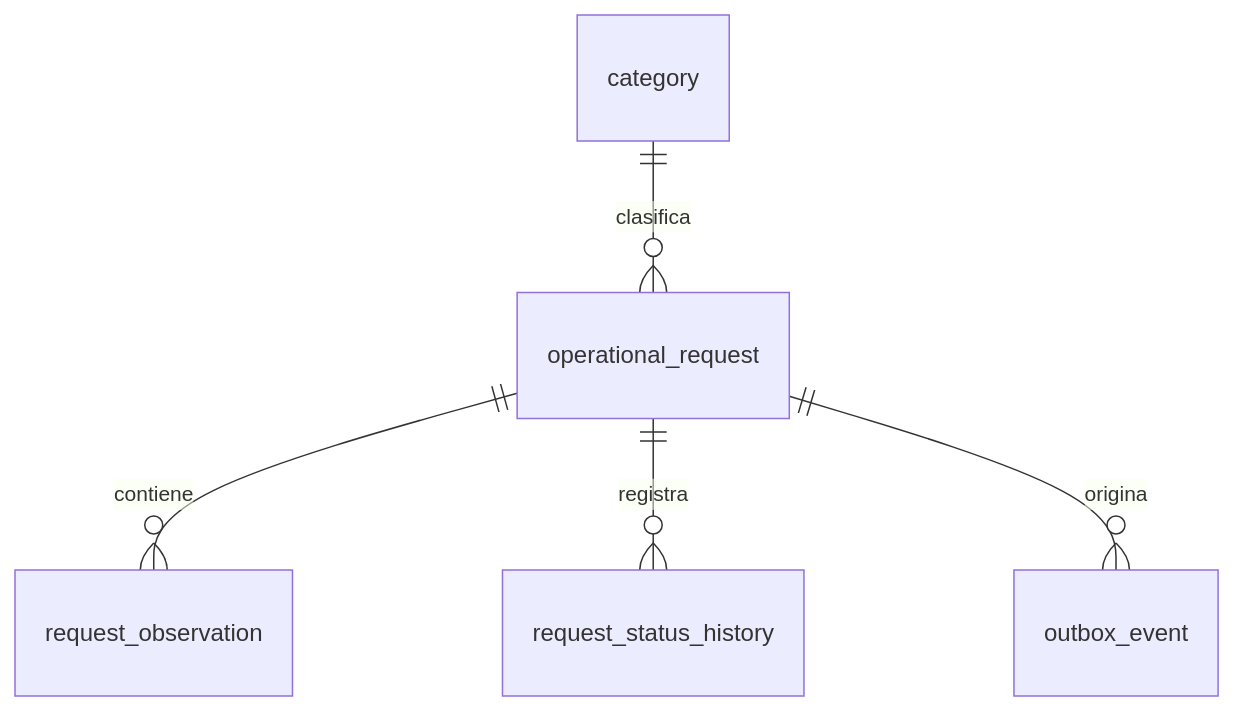
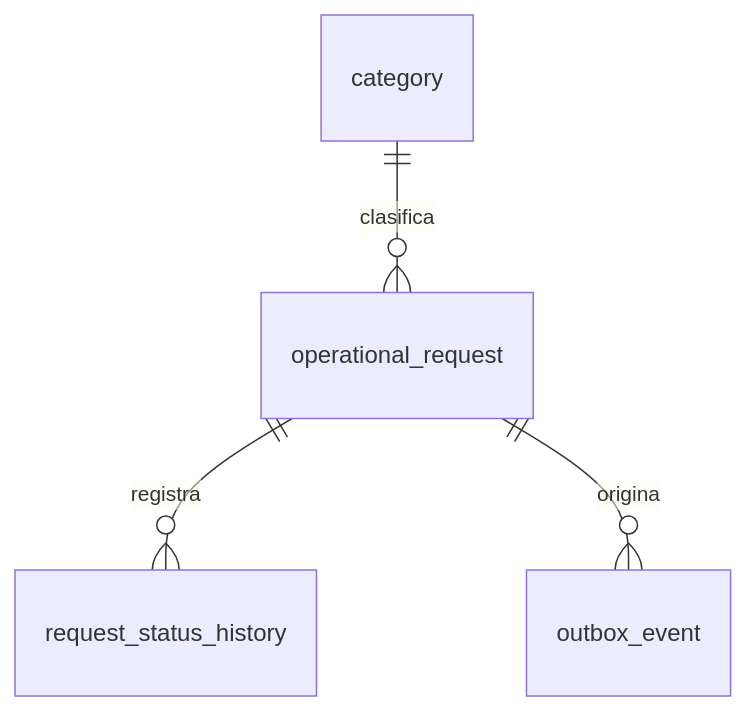
Before and after one commit to cristhian1820/operational-requests-platform: the first of 2 diagrams in docs/architecture/data-model.md, drawn with Mermaid. The commit also changed other lines of this file and 39 other files, not shown here.

Commit message:
feat: implement event-driven indicators flow

````diff
--- a/docs/architecture/data-model.md
+++ b/docs/architecture/data-model.md
@@ -5,7 +7,6 @@
 ```mermaid
 erDiagram
  category ||--o{ operational_request : clasifica
- operational_request ||--o{ request_observation : contiene
  operational_request ||--o{ request_status_history : registra
  operational_request ||--o{ outbox_event : origina
 ```
````
